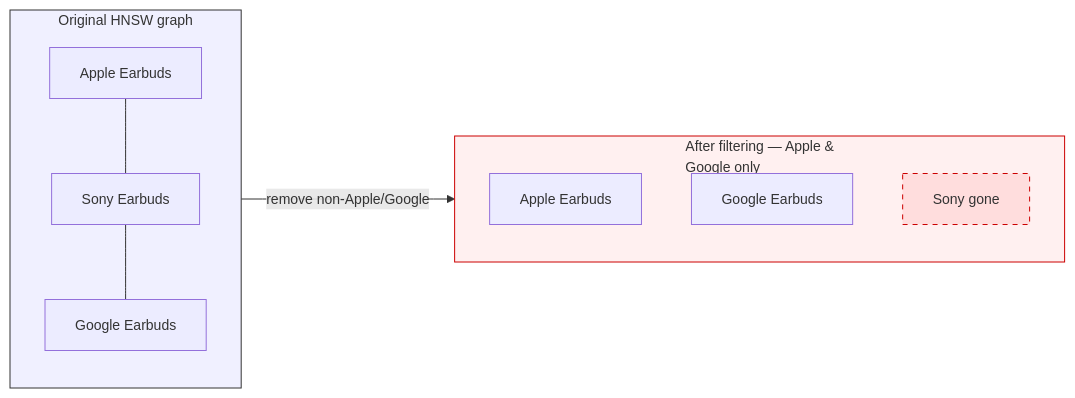
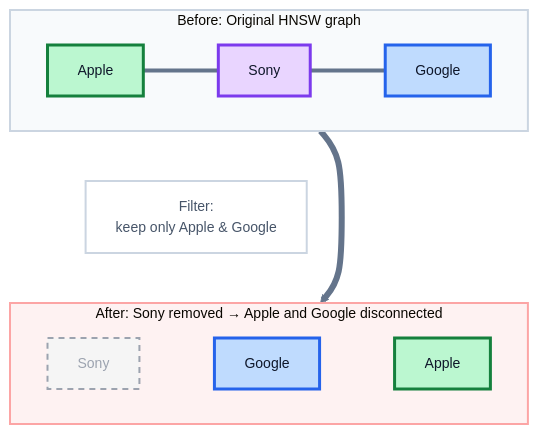
One commit to chsafouane/chsafouane.github.io changed the diagram in posts/Why WHERE clauses can break your vector search/assets/pre-filtering.mmd. Above: the diagram before and after it, drawn with Mermaid. The commit also changed 28 other files, not shown here.

Commit message:
Fix the mermaid graphs

```diff
--- a/posts/Why WHERE clauses can break your vector search/assets/pre-filtering.mmd
+++ b/posts/Why WHERE clauses can break your vector search/assets/pre-filtering.mmd
@@ -1,23 +1,49 @@
-%%{init: {'theme': 'default', 'themeVariables': { 'fontSize': '14px' }}}%%
-flowchart LR
-    subgraph before["Original HNSW graph"]
-        direction TB
-        LA["Apple Earbuds"]
-        SB["Sony Earbuds"]
-        LC["Google Earbuds"]
-        LA --- SB
-        SB --- LC
+%%{init: {
+    'theme': 'base',
+    'themeVariables': {
+        'fontFamily': 'Helvetica Neue,Helvetica,Arial,sans-serif',
+        'fontSize': '14px',
+        'lineColor': '#64748b',
+        'textColor': '#0f172a'
+    },
+    'flowchart': { 'curve': 'basis' }
+}}%%
+flowchart TB
+    subgraph before["Before: Original HNSW graph"]
+        direction LR
+        apple1["Apple"] --- sony1["Sony"] --- google1["Google"]
     end
-    
-    subgraph after["After filtering — Apple &<br/>Google only"]
-        direction TB
-        LA2["Apple Earbuds"]
-        LC2["Google Earbuds"]
-        gap["Sony gone"]
+
+    filter["Filter:\nkeep only Apple & Google"]
+
+    subgraph after["After: Sony removed → Apple and Google disconnected"]
+        direction LR
+        sony2["Sony"] ~~~ google2["Google"] ~~~ apple2["Apple"]
     end
-    
-    before -->|"remove non-Apple/Google"| after
-    
-    style gap fill:#ffdddd,stroke:#cc0000,stroke-dasharray: 5 5
-    style before fill:#f0f0ff,stroke:#333
-    style after fill:#fff0f0,stroke:#cc0000
+
+    before --> filter
+    filter --> after
+
+    %% Big illustrative arrow (crossing the gap)
+    google1 --> apple2
+
+    classDef apple fill:#bbf7d0,stroke:#15803d,stroke-width:3px,color:#0f172a
+    classDef google fill:#bfdbfe,stroke:#2563eb,stroke-width:3px,color:#0f172a
+    classDef sony fill:#e9d5ff,stroke:#7c3aed,stroke-width:3px,color:#0f172a
+    classDef removed fill:#f5f5f5,stroke:#9ca3af,stroke-width:2px,stroke-dasharray:6 5,color:#9ca3af
+    classDef label fill:#ffffff,stroke:#cbd5e1,stroke-width:2px,color:#475569
+
+    class apple1,apple2 apple
+    class google1,google2 google
+    class sony1 sony
+    class sony2 removed
+    class filter label
+
+    style before fill:#f8fafc,stroke:#cbd5e1,stroke-width:2px
+    style after fill:#fef2f2,stroke:#fca5a5,stroke-width:2px
+
+    linkStyle 0 stroke:#64748b,stroke-width:4px
+    linkStyle 1 stroke:#64748b,stroke-width:4px
+    linkStyle 4 stroke:transparent
+    linkStyle 5 stroke:transparent
+    linkStyle 6 stroke:#64748b,stroke-width:6px
```
